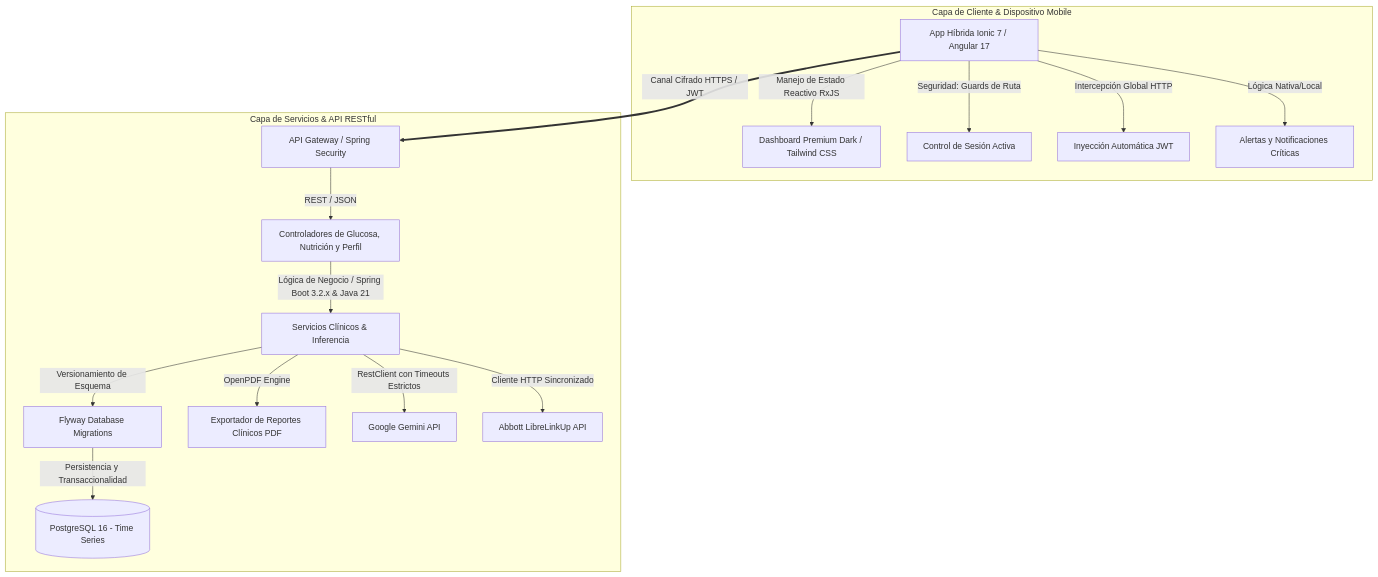
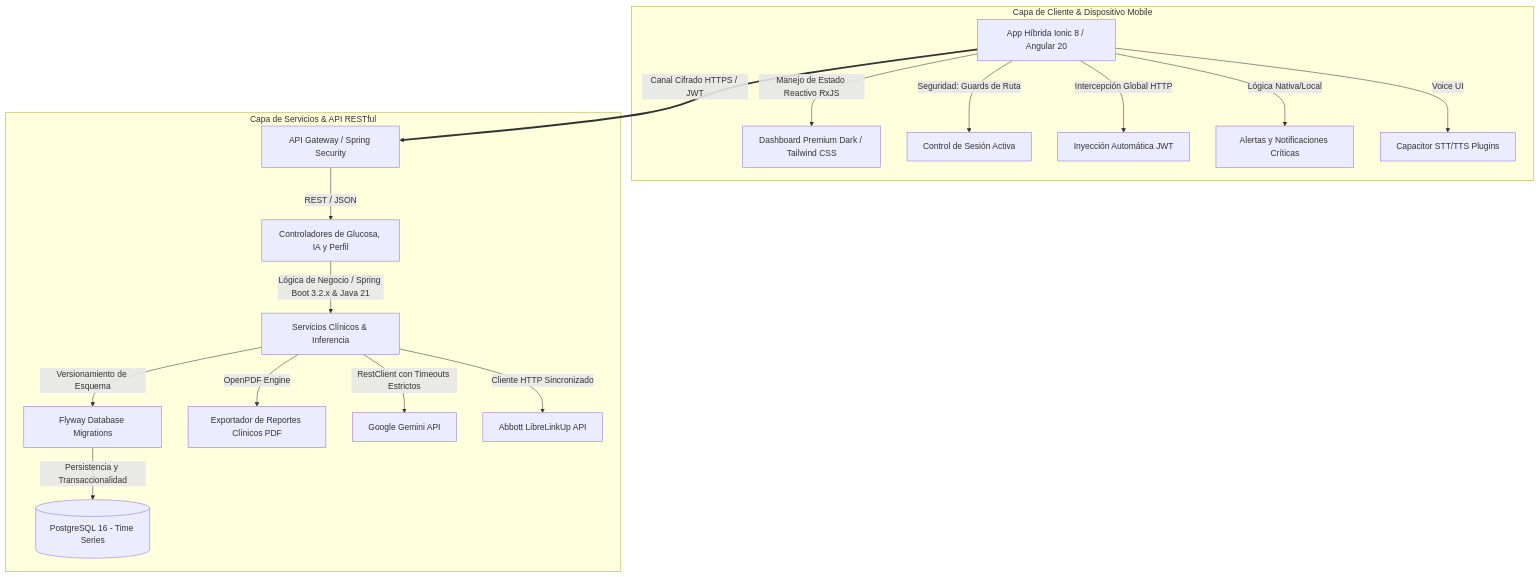
Before and after one commit to NeutroFury/VitalSY: the diagram in README.md, drawn with Mermaid. The commit also changed other lines of this file, not shown here.

````diff
--- a/README.md
+++ b/README.md
@@ -45,21 +45,22 @@
 ```mermaid
 graph TD
     subgraph Frontend [Capa de Cliente & Dispositivo Mobile]
-        A[App Híbrida Ionic 7 / Angular 17] -->|Manejo de Estado Reactivo RxJS| B[Dashboard Premium Dark / Tailwind CSS]
+        A[App Híbrida Ionic 8 / Angular 20] -->|Manejo de Estado Reactivo RxJS| B[Dashboard Premium Dark / Tailwind CSS]
         A -->|Seguridad: Guards de Ruta| C[Control de Sesión Activa]
         A -->|Intercepción Global HTTP| D[Inyección Automática JWT]
         A -->|Lógica Nativa/Local| E[Alertas y Notificaciones Críticas]
+        A -->|Voice UI| V[Capacitor STT/TTS Plugins]
     end
     
     subgraph Backend [Capa de Servicios & API RESTful]
-        F[API Gateway / Spring Security] -->|REST / JSON| G[Controladores de Glucosa, Nutrición y Perfil]
+        F[API Gateway / Spring Security] -->|REST / JSON| G[Controladores de Glucosa, IA y Perfil]
         G -->|Lógica de Negocio / Spring Boot 3.2.x & Java 21| H[Servicios Clínicos & Inferencia]
         H -->|Versionamiento de Esquema| I[Flyway Database Migrations]
         I -->|Persistencia y Transaccionalidad| J[(PostgreSQL 16 - Time Series)]
         H -->|OpenPDF Engine| K[Exportador de Reportes Clínicos PDF]
         H -->|RestClient con Timeouts Estrictos| L[Google Gemini API]
         H -->|Cliente HTTP Sincronizado| M[Abbott LibreLinkUp API]
     end
 
     A ==>|Canal Cifrado HTTPS / JWT| F
 ```
````
